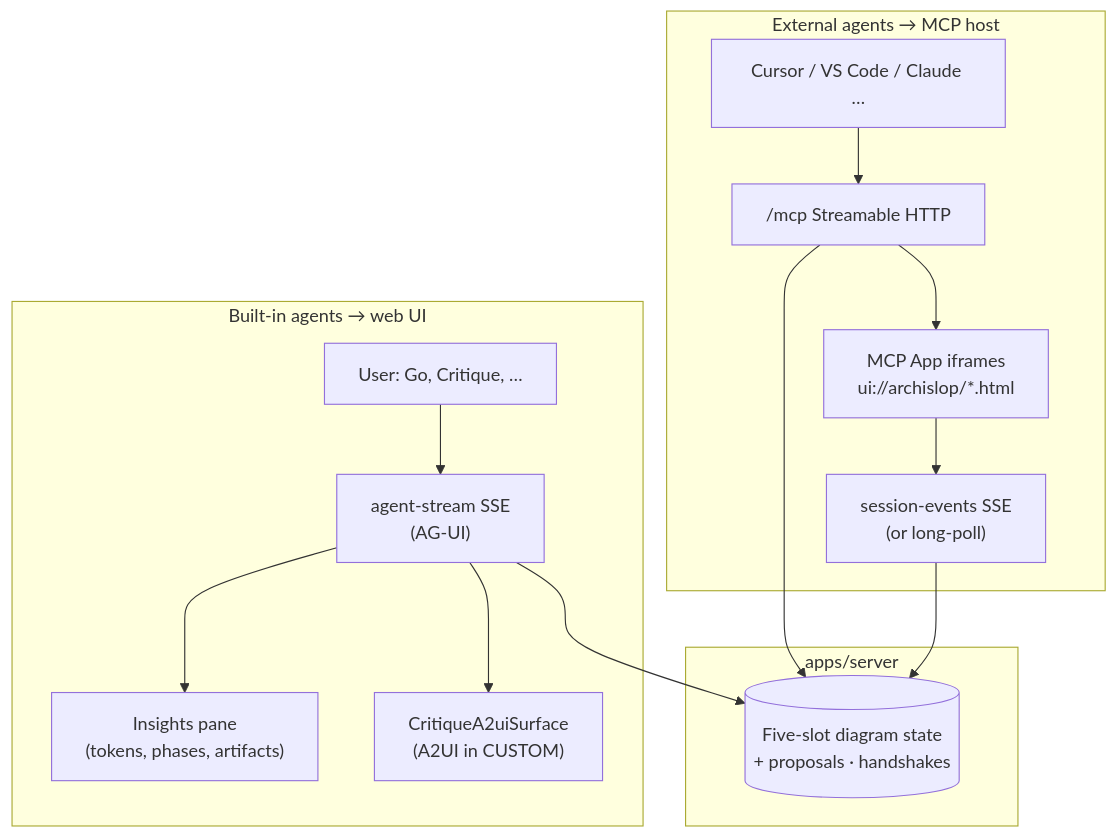
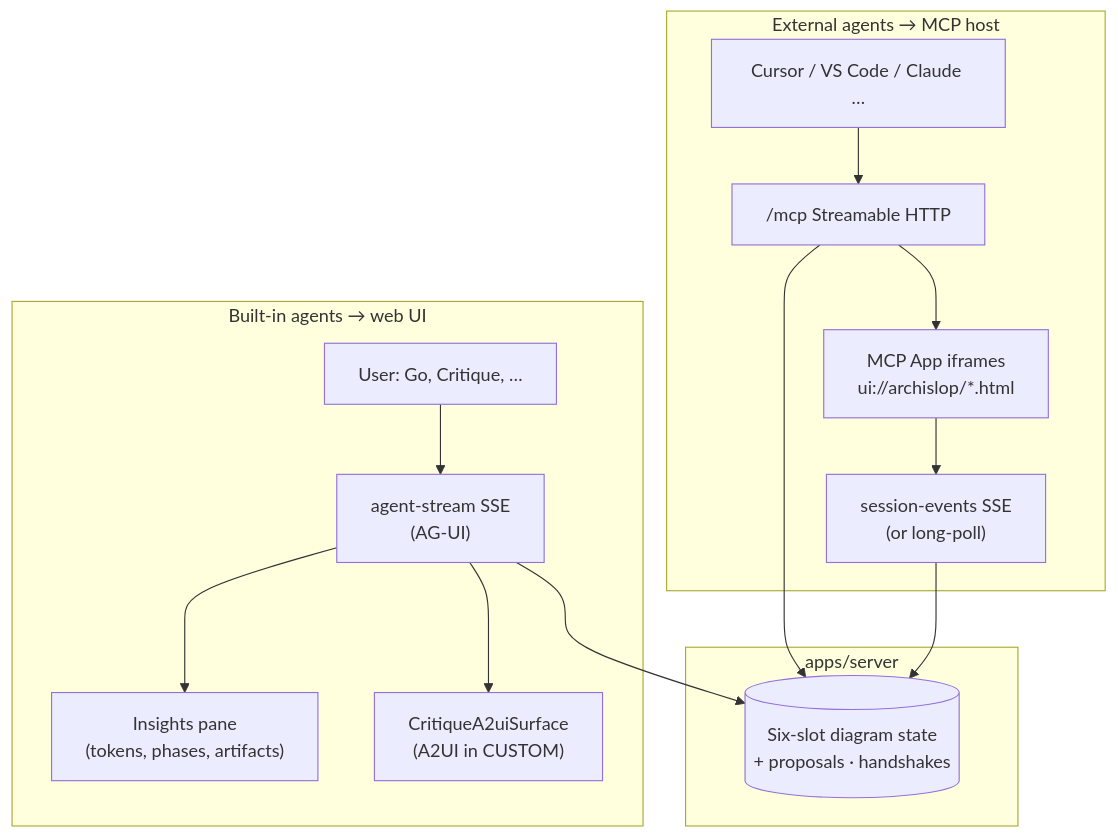
Before and after one commit to acuhlmann/mermaid-gen: the diagram in docs/architecture-generative-ui.md, drawn with Mermaid. The commit also changed other lines of this file and 45 other files, not shown here.

````diff
--- a/docs/architecture-generative-ui.md
+++ b/docs/architecture-generative-ui.md
@@ -17,29 +20,29 @@
 ```mermaid
 flowchart TB
   subgraph web ["Built-in agents → web UI"]
     U[User: Go, Critique, …]
     SSE["agent-stream SSE\n(AG-UI)"]
     Insights["Insights pane\n(tokens, phases, artifacts)"]
     A2UI["CritiqueA2uiSurface\n(A2UI in CUSTOM)"]
     U --> SSE --> Insights
     SSE --> A2UI
   end
 
   subgraph mcp ["External agents → MCP host"]
     Agent[Cursor / VS Code / Claude …]
     MCP["/mcp Streamable HTTP"]
     Apps["MCP App iframes\nui://archislop/*.html"]
     SE["session-events SSE\n(or long-poll)"]
     Agent --> MCP
     MCP --> Apps
     Apps --> SE
   end
 
   subgraph server ["apps/server"]
-    State[("Five-slot diagram state\n+ proposals · handshakes")]
+    State[("Six-slot diagram state\n+ proposals · handshakes")]
   end
 
   SSE --> State
   MCP --> State
   SE --> State
 ```
````
